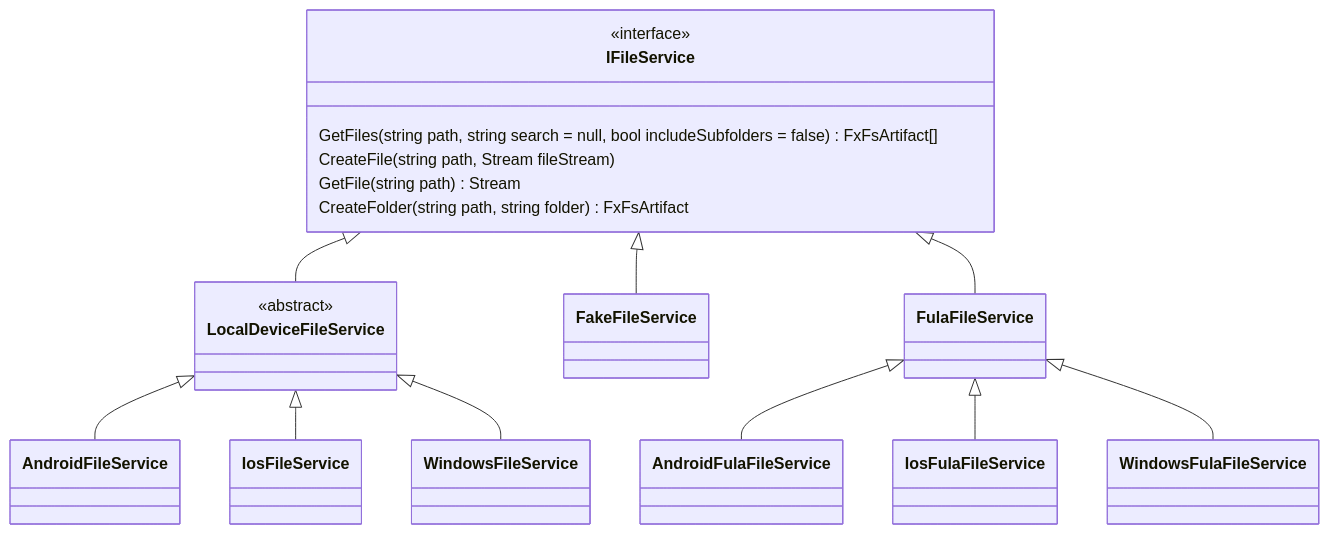
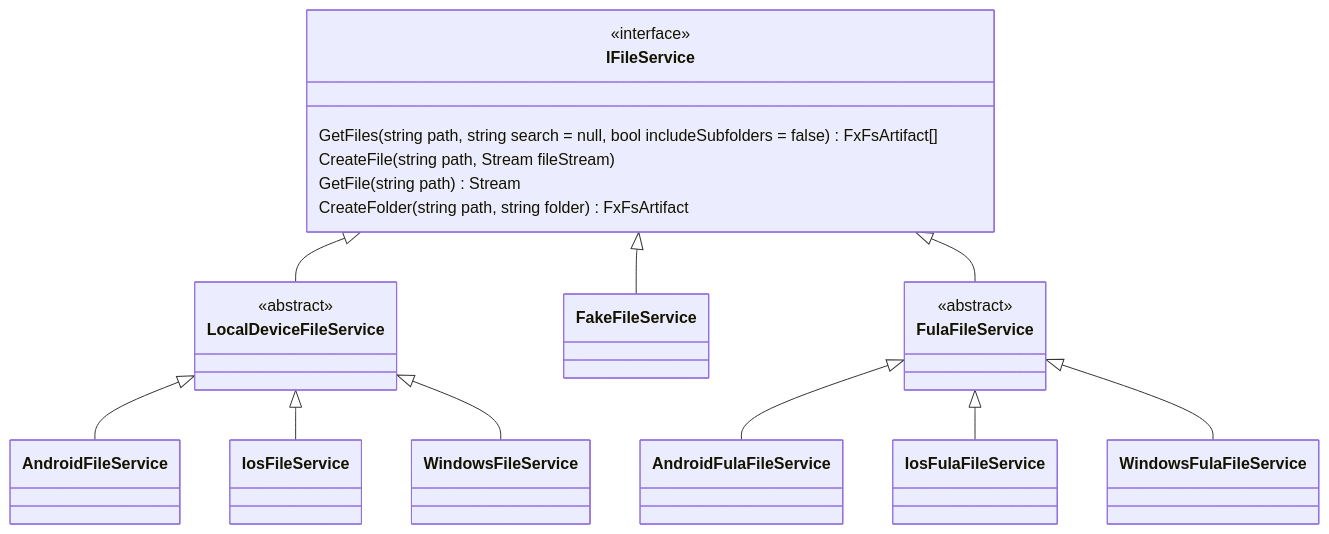
The second of 3 diagrams in docs/class-diagram-overview.md (functionland/fx-files), drawn with Mermaid before and after one commit.

Commit message:
Make FulaFileService abstract. ab#206

````diff
--- a/docs/class-diagram-overview.md
+++ b/docs/class-diagram-overview.md
@@ -45,24 +45,28 @@
 ```mermaid
 classDiagram
 IFileService <|-- LocalDeviceFileService
 LocalDeviceFileService <|-- AndroidFileService
 LocalDeviceFileService <|-- IosFileService
 LocalDeviceFileService <|-- WindowsFileService
 IFileService <|-- FakeFileService
 IFileService <|-- FulaFileService
 FulaFileService <|-- AndroidFulaFileService
 FulaFileService <|-- IosFulaFileService
 FulaFileService <|-- WindowsFulaFileService
 
 class IFileService {
   <<interface>>
   GetFiles(string path, string search = null, bool includeSubfolders = false) FxFsArtifact[]
   CreateFile(string path, Stream fileStream)
   GetFile(string path) Stream
   CreateFolder(string path, string folder) FxFsArtifact
 }
 
 class LocalDeviceFileService {
   <<abstract>>
 }
+
+class FulaFileService {
+  <<abstract>>
+}
 ```
````
